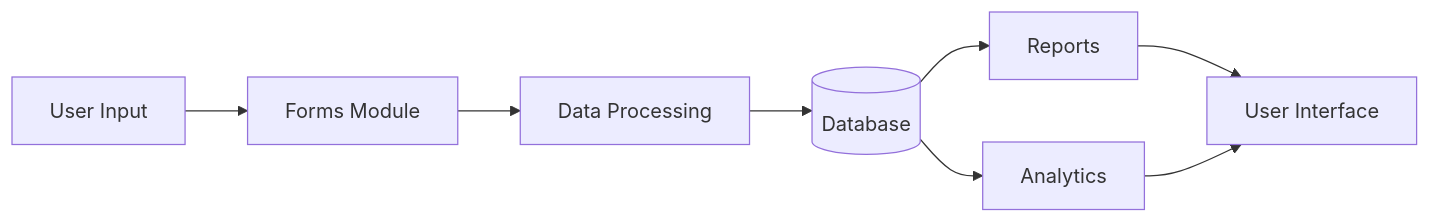
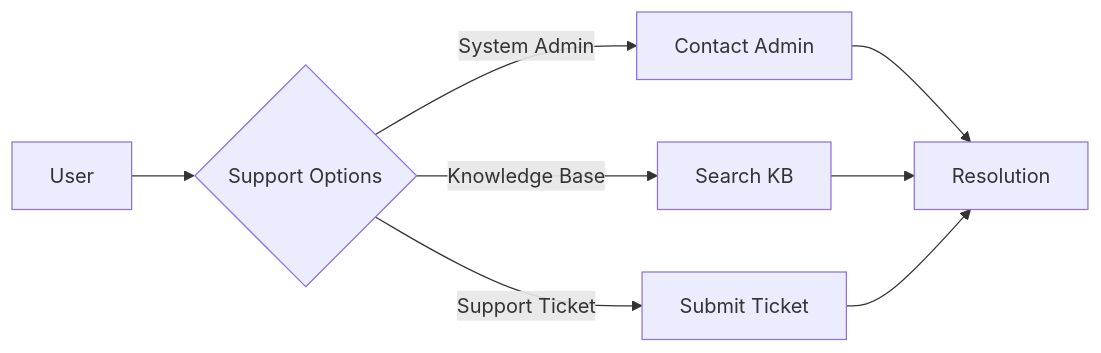
Diagram 11 of 11 in readme.md (Behrang-Bina-Cloudcon/prestartrdocs), drawn with Mermaid before and after one commit. The commit also changed other lines of this file and 1 other file, not shown here.

````diff
--- a/readme.md
+++ b/readme.md
@@ -111,10 +344,11 @@
 ```mermaid
-flowchart LR
-    A[User Input] --> B[Forms Module]
-    B --> C[Data Processing]
-    C --> D[(Database)]
-    D --> E[Reports]
-    D --> F[Analytics]
-    E --> G[User Interface]
-    F --> G
+graph LR
+    A[User] --> B{Support Options}
+    B -->|System Admin| C[Contact Admin]
+    B -->|Knowledge Base| D[Search KB]
+    B -->|Support Ticket| E[Submit Ticket]
+    
+    C --> F[Resolution]
+    D --> F
+    E --> F
 ```
````
